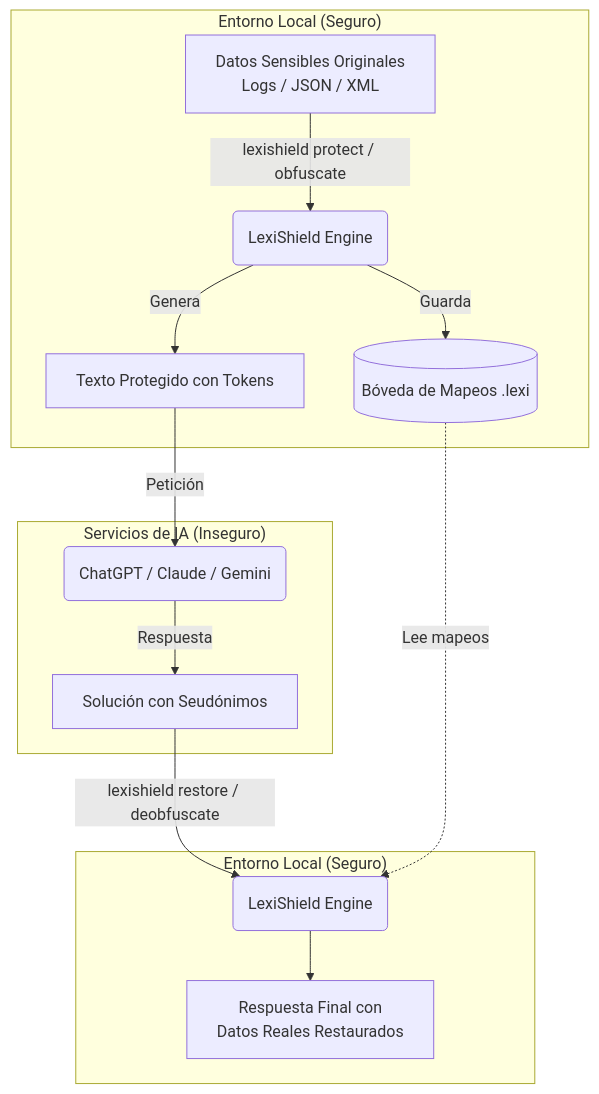
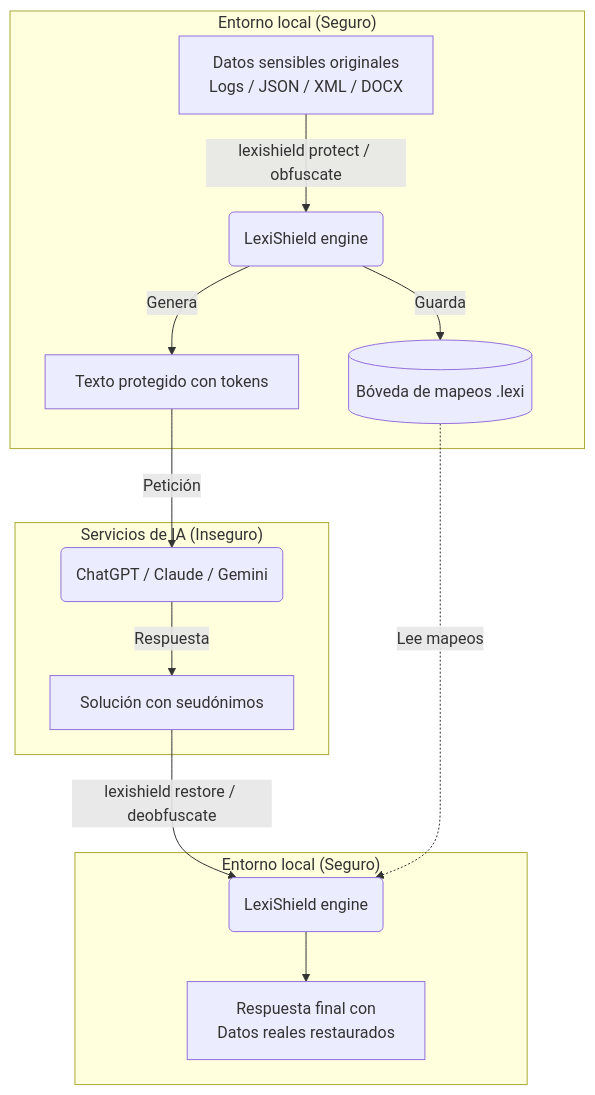
Before and after one commit to olorinj/lexishield: the first of 2 diagrams in README.md, drawn with Mermaid. The commit also changed other lines of this file and 2 other files, not shown here.

Commit message:
fix(cli): harmonize restore output suffix to .restaurado and align specs to actual CLI commands

````diff
--- a/README.md
+++ b/README.md
@@ -39,19 +39,19 @@
 ```mermaid
 flowchart TD
-    subgraph Local["Entorno Local (Seguro)"]
-        A[Datos Sensibles Originales\nLogs / JSON / XML] -->|lexishield protect / obfuscate| B(LexiShield Engine)
-        B -->|Genera| C[Texto Protegido con Tokens]
-        B -->|Guarda| D[(Bóveda de Mapeos .lexi)]
+    subgraph Local["Entorno local (Seguro)"]
+        A[Datos sensibles originales\nLogs / JSON / XML / DOCX] -->|lexishield protect / obfuscate| B(LexiShield engine)
+        B -->|Genera| C[Texto protegido con tokens]
+        B -->|Guarda| D[(Bóveda de mapeos .lexi)]
     end
 
     subgraph Nube["Servicios de IA (Inseguro)"]
         C -->|Petición| E(ChatGPT / Claude / Gemini)
-        E -->|Respuesta| F[Solución con Seudónimos]
+        E -->|Respuesta| F[Solución con seudónimos]
     end
     
-    subgraph Restauración["Entorno Local (Seguro)"]
-        F -->|lexishield restore / deobfuscate| G(LexiShield Engine)
+    subgraph Restauración["Entorno local (Seguro)"]
+        F -->|lexishield restore / deobfuscate| G(LexiShield engine)
         D -.->|Lee mapeos| G
-        G --> H[Respuesta Final con\nDatos Reales Restaurados]
+        G --> H[Respuesta final con\nDatos reales restaurados]
     end
 ```
````
